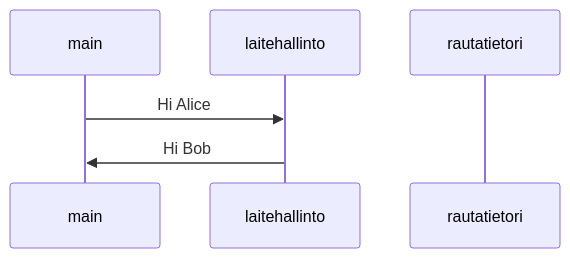
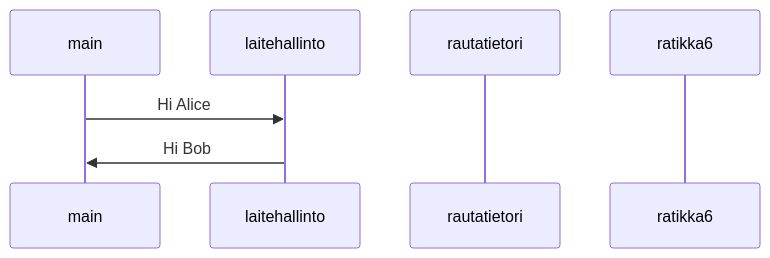
Before and after one commit to hannat1/ot-harjoitustyo: the diagram in laskarit/viikko3/hlsmatkakortti.md, drawn with Mermaid.

````diff
--- a/laskarit/viikko3/hlsmatkakortti.md
+++ b/laskarit/viikko3/hlsmatkakortti.md
@@ -3,8 +3,9 @@
 ```mermaid
 sequenceDiagram
     participant main
     participant laitehallinto
     participant rautatietori
     main->>laitehallinto: Hi Alice
     laitehallinto->>main: Hi Bob
+    participant ratikka6
 ```
````
